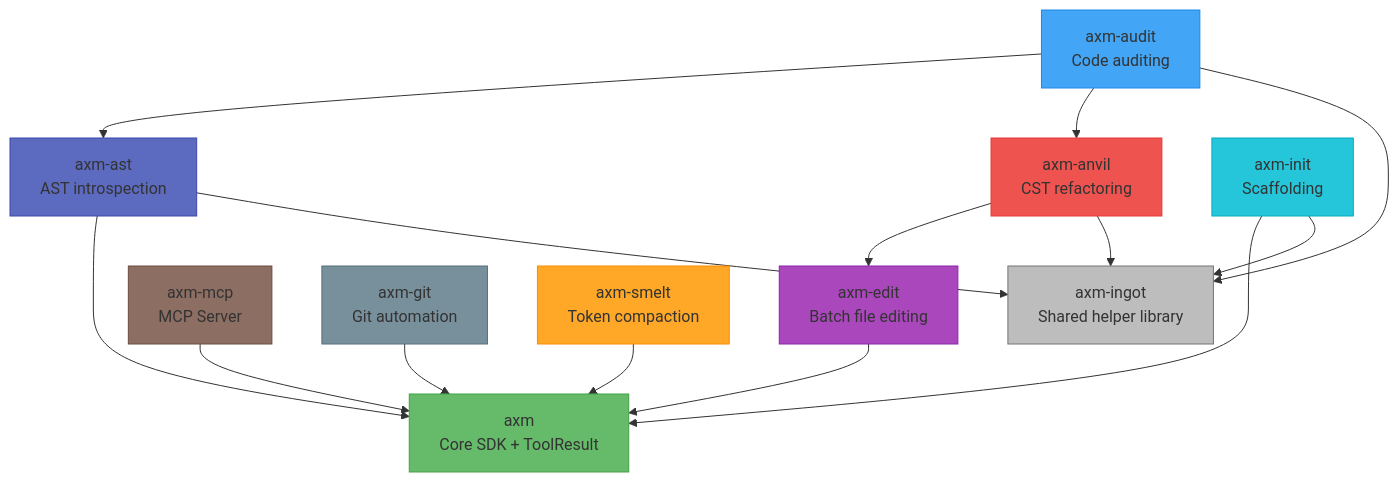
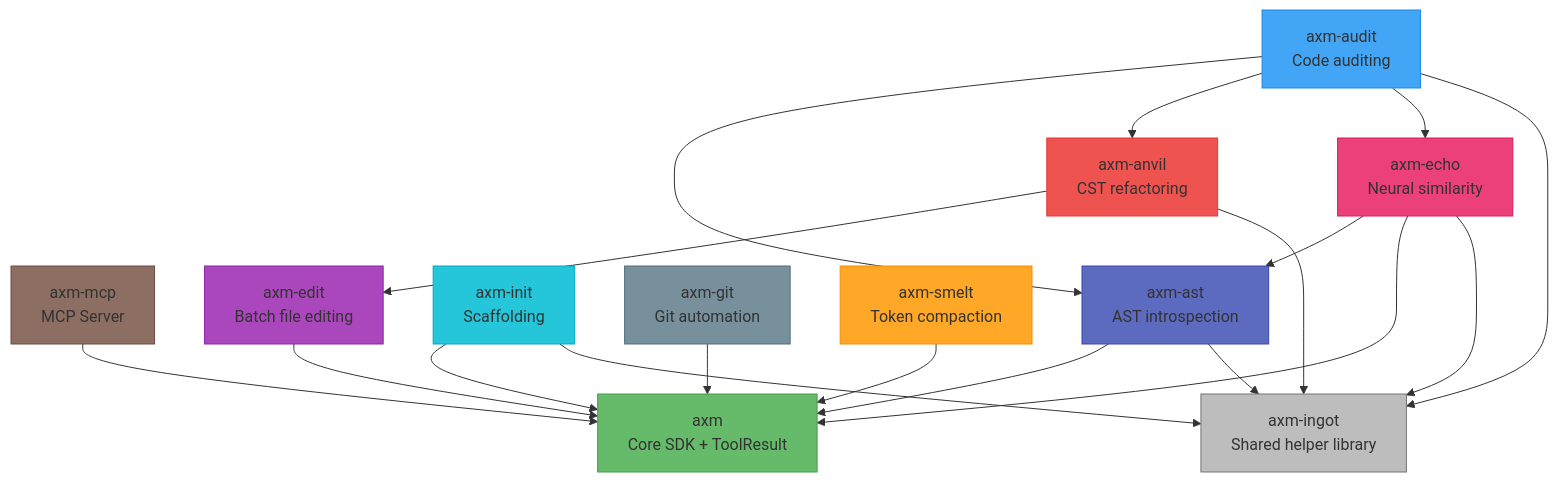
One commit to axm-protocols/axm-forge changed the diagram in README.md. Above: the diagram before and after it, drawn with Mermaid. The commit also changed other lines of this file and 1 other file, not shown here.

First line of the commit message:
docs(readme): replace Philosophy with intent-routed tool table; restore axm-echo

````diff
--- a/README.md
+++ b/README.md
@@ -86,29 +96,34 @@
 ```mermaid
 graph TD
     classDef ast fill:#5C6BC0,stroke:#3949AB
     classDef audit fill:#42A5F5,stroke:#1E88E5
     classDef init fill:#26C6DA,stroke:#00ACC1
     classDef git fill:#78909C,stroke:#546E7A
     classDef smelt fill:#FFA726,stroke:#FB8C00
     classDef anvil fill:#EF5350,stroke:#E53935
     classDef edit fill:#AB47BC,stroke:#8E24AA
     classDef axm fill:#66BB6A,stroke:#43A047
     classDef mcp fill:#8D6E63,stroke:#6D4C41
     classDef ingot fill:#BDBDBD,stroke:#757575
+    classDef echo fill:#EC407A,stroke:#D81B60
 
     AXM["axm<br/>Core SDK + ToolResult"]:::axm
     INGOT["axm-ingot<br/>Shared helper library"]:::ingot
     MCP["axm-mcp<br/>MCP Server"]:::mcp --> AXM
     AST["axm-ast<br/>AST introspection"]:::ast --> AXM
     AUDIT["axm-audit<br/>Code auditing"]:::audit --> AST
     AUDIT --> ANVIL
     INIT["axm-init<br/>Scaffolding"]:::init --> AXM
     GIT["axm-git<br/>Git automation"]:::git --> AXM
     SMELT["axm-smelt<br/>Token compaction"]:::smelt --> AXM
     ANVIL["axm-anvil<br/>CST refactoring"]:::anvil --> EDIT
     EDIT["axm-edit<br/>Batch file editing"]:::edit --> AXM
+    ECHO["axm-echo<br/>Neural similarity"]:::echo --> AST
+    ECHO --> AXM
+    AUDIT --> ECHO
     AST --> INGOT
     AUDIT --> INGOT
     INIT --> INGOT
     ANVIL --> INGOT
+    ECHO --> INGOT
 ```
````
